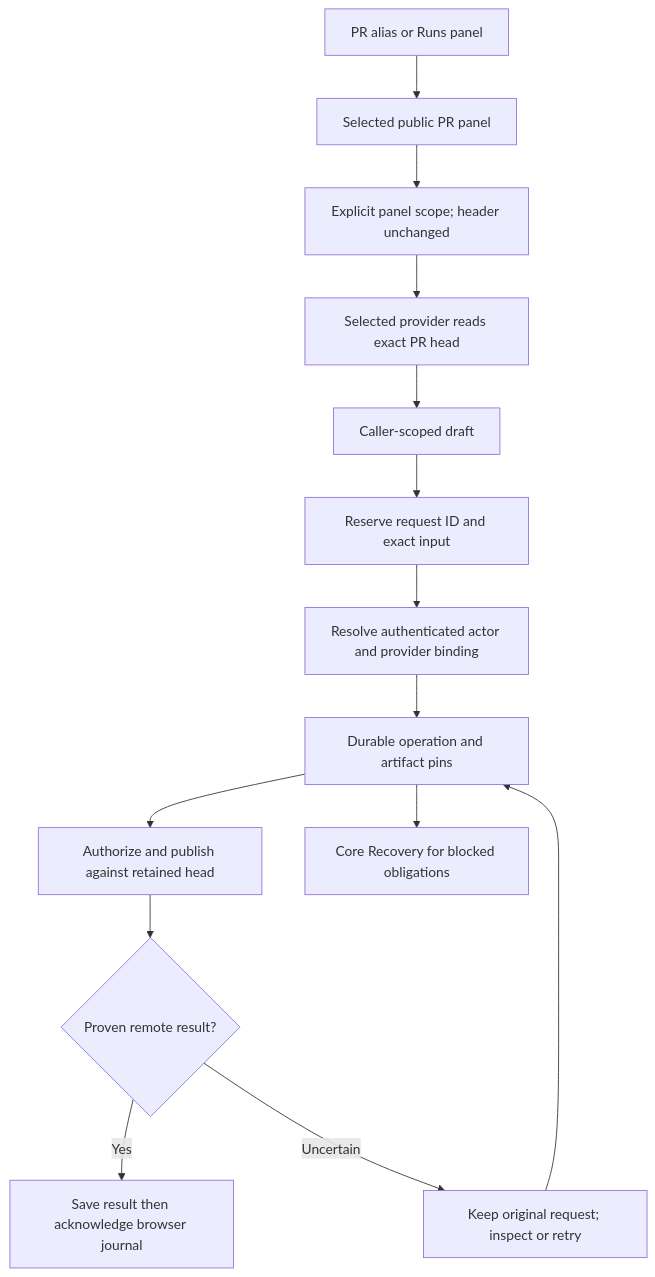
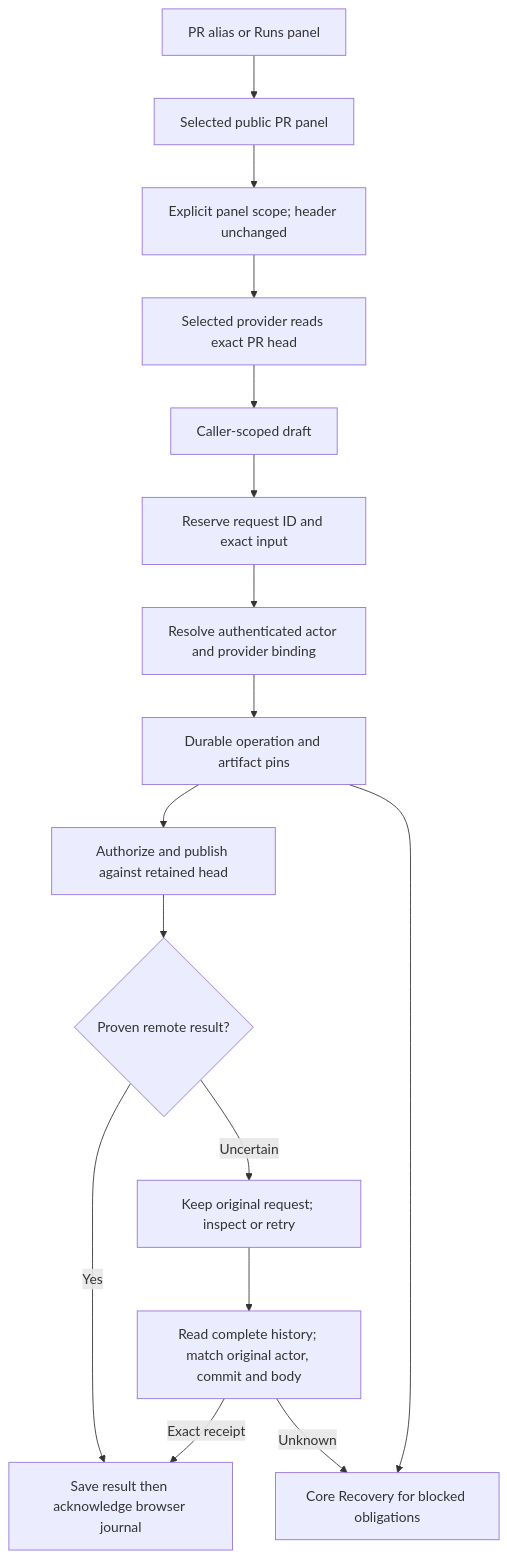
Before and after one commit to nloehlein-godaddy/helmsman: the diagram in docs/pull-request-authoring.md, drawn with Mermaid. The commit also changed other lines of this file and 10 other files, not shown here.

````diff
--- a/docs/pull-request-authoring.md
+++ b/docs/pull-request-authoring.md
@@ -21,16 +21,18 @@
 ```mermaid
 flowchart TD
     Route[PR alias or Runs panel] --> Panel[Selected public PR panel]
     Panel --> Scope[Explicit panel scope; header unchanged]
     Scope --> Inspect[Selected provider reads exact PR head]
     Inspect --> Draft[Caller-scoped draft]
     Draft --> Journal[Reserve request ID and exact input]
     Journal --> Prepare[Resolve authenticated actor and provider binding]
     Prepare --> Operation[Durable operation and artifact pins]
     Operation --> Publish[Authorize and publish against retained head]
     Publish --> Receipt{Proven remote result?}
     Receipt -->|Yes| Save[Save result then acknowledge browser journal]
     Receipt -->|Uncertain| Retain[Keep original request; inspect or retry]
-    Retain --> Operation
+    Retain --> Reconcile[Read complete history; match original actor, commit and body]
+    Reconcile -->|Exact receipt| Save
+    Reconcile -->|Unknown| Recovery
     Operation --> Recovery[Core Recovery for blocked obligations]
 ```
````
